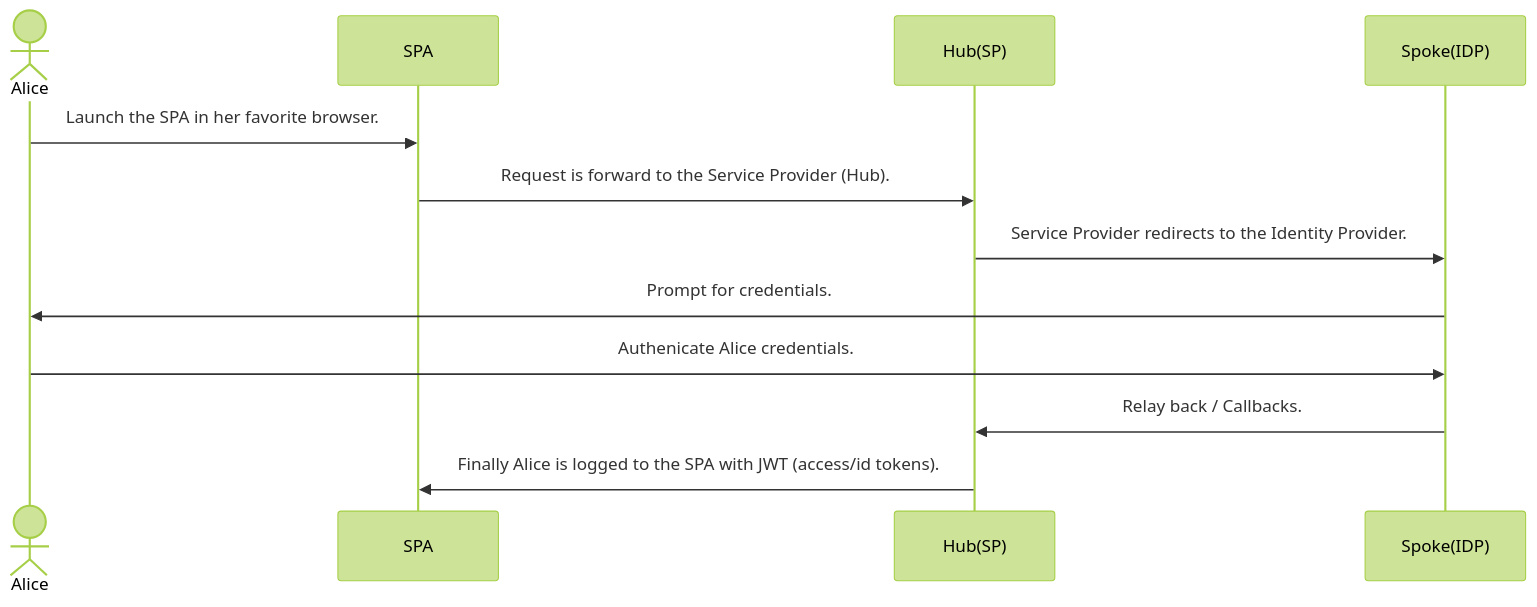
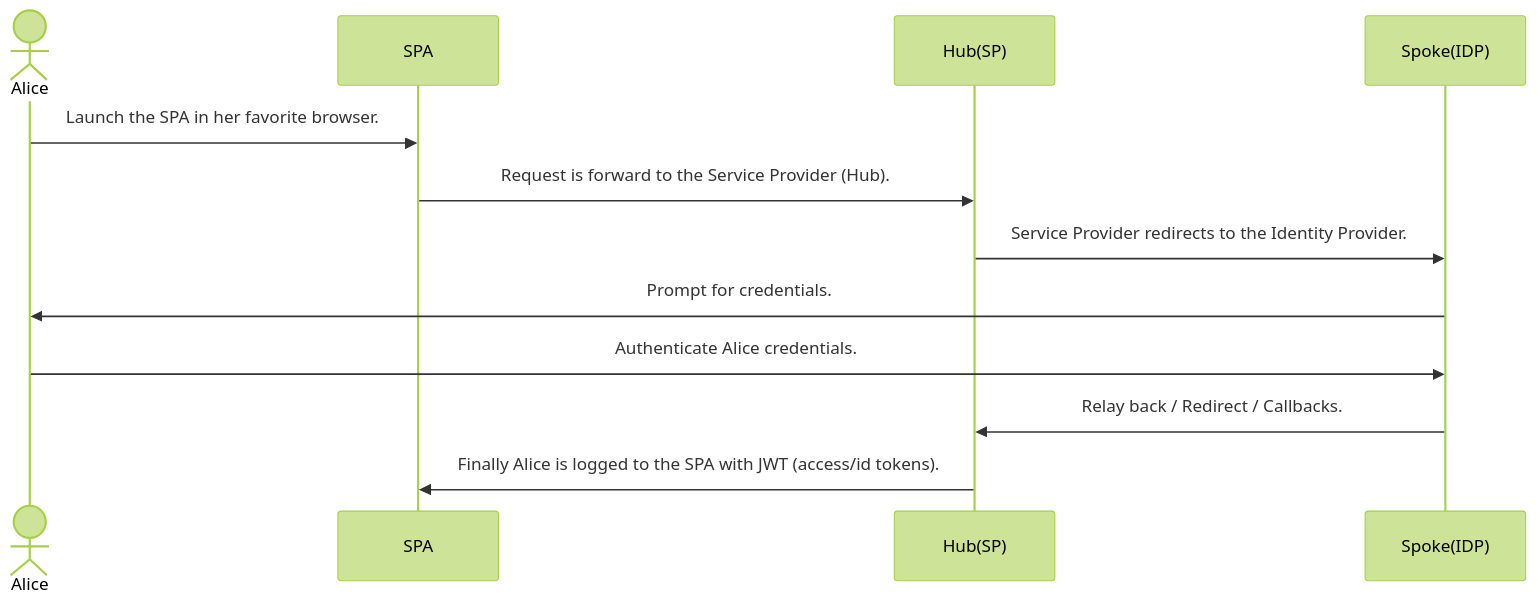
One commit to noinarisak/okta-terraform-hub-spoke-oidc changed the diagram in README.md. Above: the diagram before and after it, drawn with Mermaid (forest theme). The commit also changed other lines of this file, not shown here.

````diff
--- a/README.md
+++ b/README.md
@@ -10,11 +10,11 @@
 ```mermaid
 sequenceDiagram
     actor Alice
     Alice->>SPA: Launch the SPA in her favorite browser.
     SPA->>Hub(SP): Request is forward to the Service Provider (Hub).
     Hub(SP)->>Spoke(IDP): Service Provider redirects to the Identity Provider.
     Spoke(IDP)->>Alice: Prompt for credentials.
-    Alice->>Spoke(IDP): Authenicate Alice credentials.
-    Spoke(IDP)->>Hub(SP): Relay back / Callbacks.
+    Alice->>Spoke(IDP): Authenticate Alice credentials.
+    Spoke(IDP)->>Hub(SP): Relay back / Redirect / Callbacks.
     Hub(SP)->>SPA: Finally Alice is logged to the SPA with JWT (access/id tokens).
 ```
````
